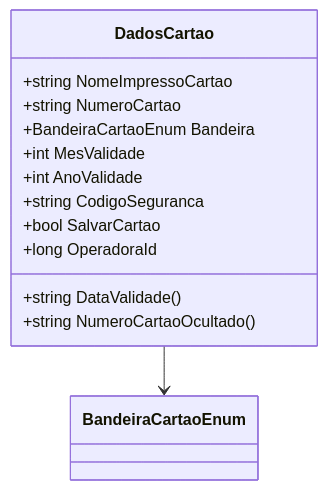
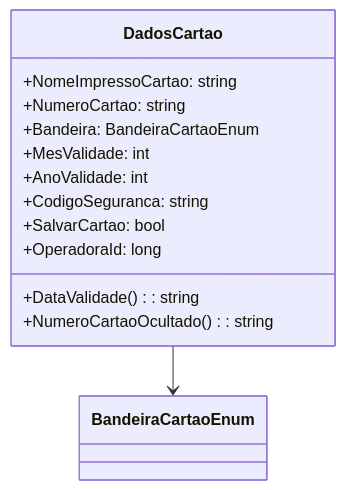
The second of 2 diagrams in docs/b2b-dominio/IsthmusWinthor.Nucleo/IsthmusWinthor.Dominio/POCO/DadosCartao.md (IsthmusSistemas/documentacao-tecnica), drawn with Mermaid before and after one commit. The commit also changed other lines of this file and 882 other files, not shown here.

````diff
--- a/docs/b2b-dominio/IsthmusWinthor.Nucleo/IsthmusWinthor.Dominio/POCO/DadosCartao.md
+++ b/docs/b2b-dominio/IsthmusWinthor.Nucleo/IsthmusWinthor.Dominio/POCO/DadosCartao.md
@@ -43,16 +48,16 @@
 ```mermaid
 classDiagram
     class DadosCartao {
-        +string NomeImpressoCartao
-        +string NumeroCartao
-        +BandeiraCartaoEnum Bandeira
-        +int MesValidade
-        +int AnoValidade
-        +string CodigoSeguranca
-        +bool SalvarCartao
-        +long OperadoraId
-        +string DataValidade()
-        +string NumeroCartaoOcultado()
+        +NomeImpressoCartao: string
+        +NumeroCartao: string
+        +Bandeira: BandeiraCartaoEnum
+        +MesValidade: int
+        +AnoValidade: int
+        +CodigoSeguranca: string
+        +SalvarCartao: bool
+        +OperadoraId: long
+        +DataValidade(): string
+        +NumeroCartaoOcultado(): string
     }
     DadosCartao --> BandeiraCartaoEnum
 ```
````
